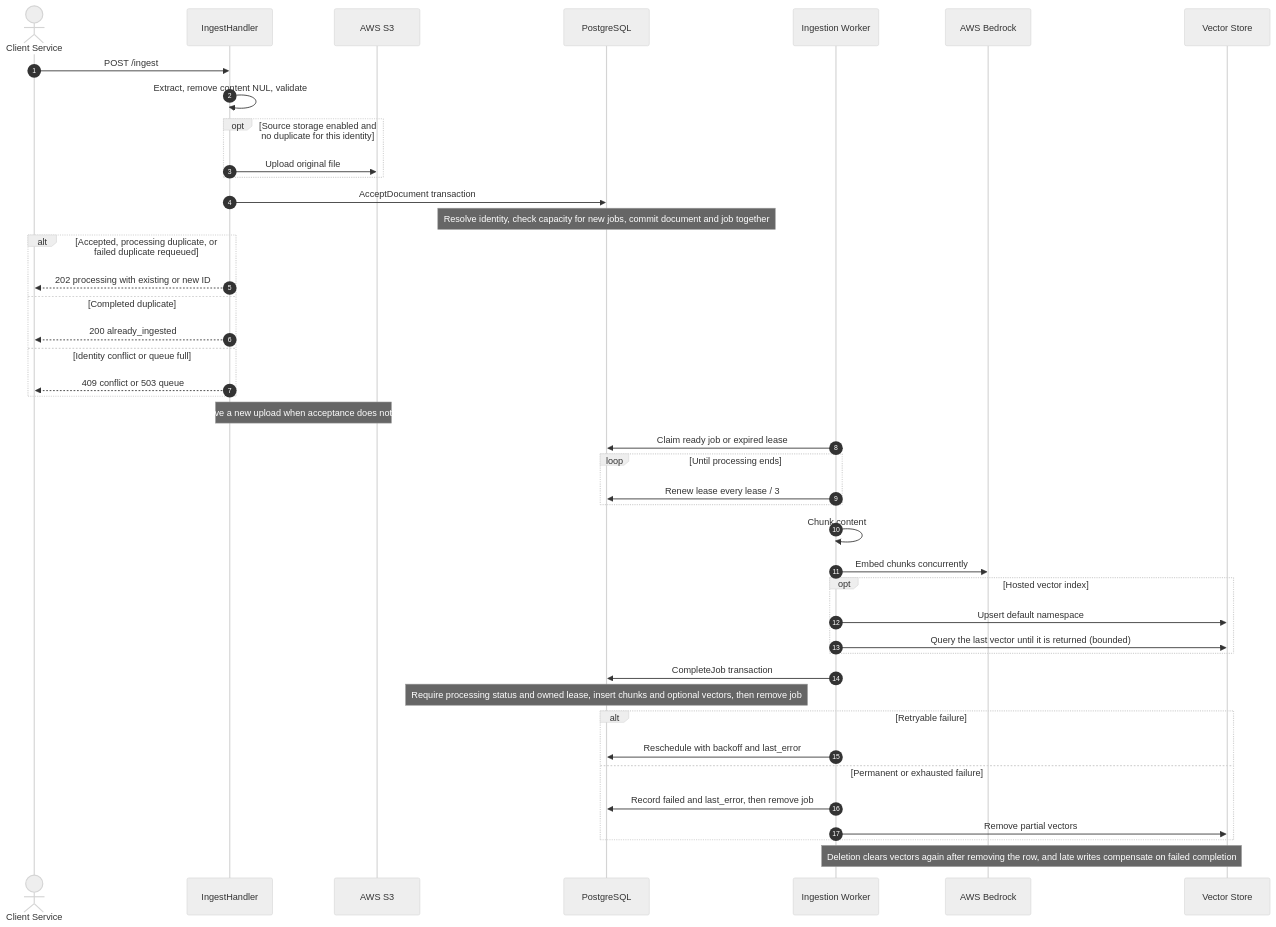
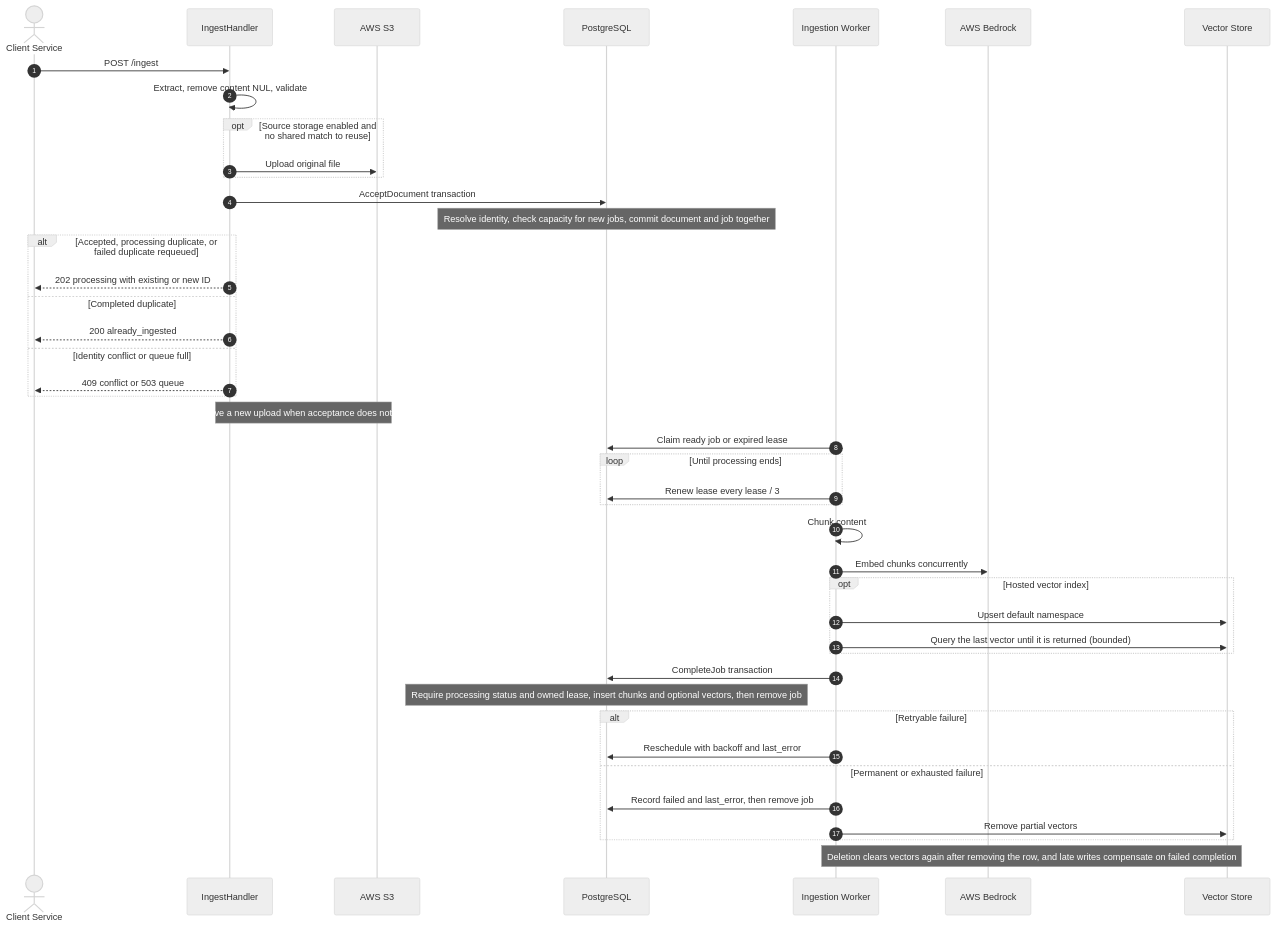
Before and after one commit to Victoroide/quarry-rag: the first of 2 diagrams in docs/architecture.md, drawn with Mermaid (neutral theme). The commit also changed other lines of this file and 9 other files, not shown here.

Commit message:
feat(storage): persist the content identity policy

````diff
--- a/docs/architecture.md
+++ b/docs/architecture.md
@@ -59,45 +59,45 @@
 ```mermaid
 sequenceDiagram
     autonumber
     actor Caller as Client Service
     participant Handler as IngestHandler
     participant S3 as AWS S3
     participant Postgres as PostgreSQL
     participant Worker as Ingestion Worker
     participant Embedder as AWS Bedrock
     participant Pinecone as Vector Store
     Caller->>Handler: POST /ingest
     Handler->>Handler: Extract, remove content NUL, validate
-    opt Source storage enabled and no duplicate for this identity
+    opt Source storage enabled and no shared match to reuse
         Handler->>S3: Upload original file
     end
     Handler->>Postgres: AcceptDocument transaction
     Note over Postgres: Resolve identity, check capacity for new jobs, commit document and job together
     alt Accepted, processing duplicate, or failed duplicate requeued
         Handler-->>Caller: 202 processing with existing or new ID
     else Completed duplicate
         Handler-->>Caller: 200 already_ingested
     else Identity conflict or queue full
         Handler-->>Caller: 409 conflict or 503 queue
     end
     Note over Handler,S3: Remove a new upload when acceptance does not use it
     Worker->>Postgres: Claim ready job or expired lease
     loop Until processing ends
         Worker->>Postgres: Renew lease every lease / 3
     end
     Worker->>Worker: Chunk content
     Worker->>Embedder: Embed chunks concurrently
     opt Hosted vector index
         Worker->>Pinecone: Upsert default namespace
         Worker->>Pinecone: Query the last vector until it is returned (bounded)
     end
     Worker->>Postgres: CompleteJob transaction
     Note over Postgres: Require processing status and owned lease, insert chunks and optional vectors, then remove job
     alt Retryable failure
         Worker->>Postgres: Reschedule with backoff and last_error
     else Permanent or exhausted failure
         Worker->>Postgres: Record failed and last_error, then remove job
         Worker->>Pinecone: Remove partial vectors
     end
     Note over Worker,Pinecone: Deletion clears vectors again after removing the row, and late writes compensate on failed completion
 ```
````
